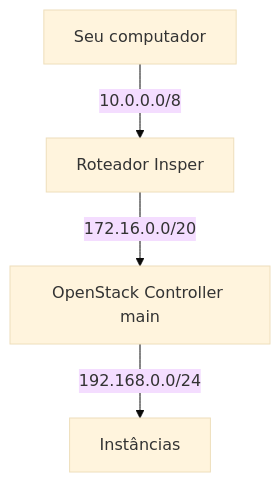
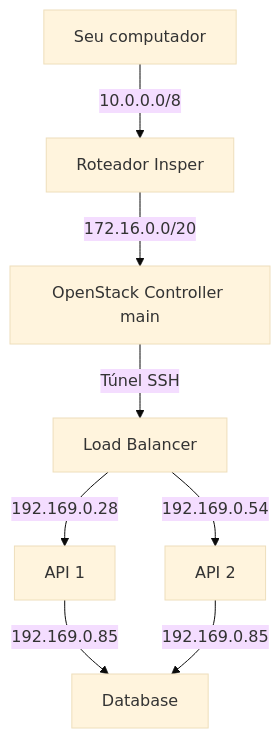
Before and after one commit to Tanakavitor/insper.cloud.roteiros: the diagram in docs/roteiro3/mermaid/tarefa3.md, drawn with Mermaid (base theme).

Commit message:
tarefa3.1

````diff
--- a/docs/roteiro3/mermaid/tarefa3.md
+++ b/docs/roteiro3/mermaid/tarefa3.md
@@ -1,7 +1,10 @@
 ``` mermaid
 graph TD
     A[Seu computador] -- 10.0.0.0/8 --> B[Roteador Insper]
     B -- 172.16.0.0/20 --> C[OpenStack Controller main]
-    C -- 192.168.0.0/24 --> D[Instâncias]
-   
+    C -- Túnel SSH --> D[Load Balancer]
+    D -- 192.169.0.28 --> E[API 1]
+    D -- 192.169.0.54 --> F[API 2]
+    E -- 192.169.0.85 --> G[Database]
+    F -- 192.169.0.85 --> G[Database]
 ```
````
